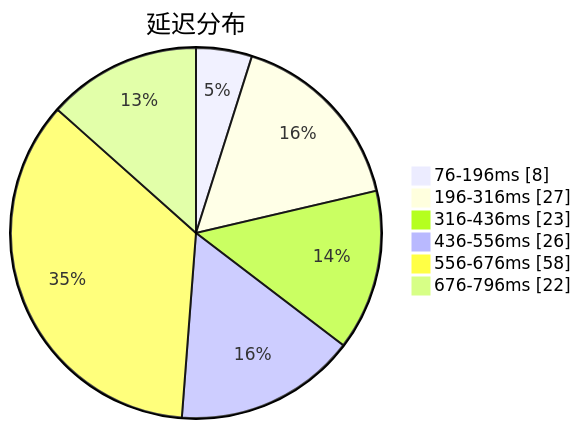
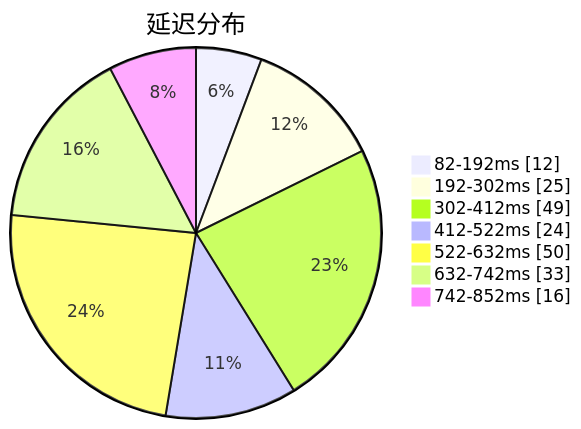
Before and after one commit to sinspired/airport: the first of 3 diagrams in subs/statistics/tested_within.md, drawn with Mermaid. The commit also changed other lines of this file and 2 other files, not shown here.

````diff
--- a/subs/statistics/tested_within.md
+++ b/subs/statistics/tested_within.md
@@ -2,10 +2,11 @@
 ```mermaid
 pie showData
 title 延迟分布
-"76-196ms" : 8
-"196-316ms" : 27
-"316-436ms" : 23
-"436-556ms" : 26
-"556-676ms" : 58
-"676-796ms" : 22
+"82-192ms" : 12
+"192-302ms" : 25
+"302-412ms" : 49
+"412-522ms" : 24
+"522-632ms" : 50
+"632-742ms" : 33
+"742-852ms" : 16
 ```
````
